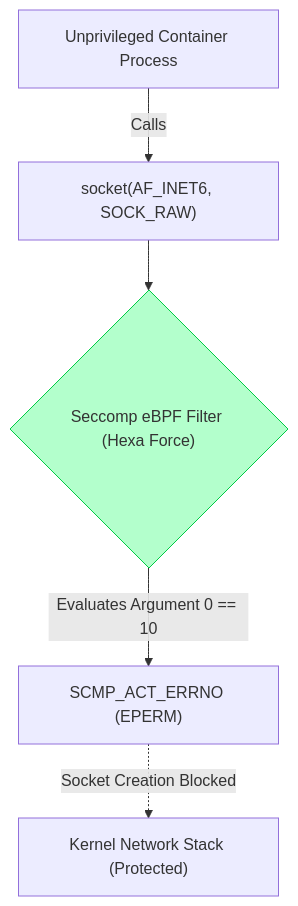
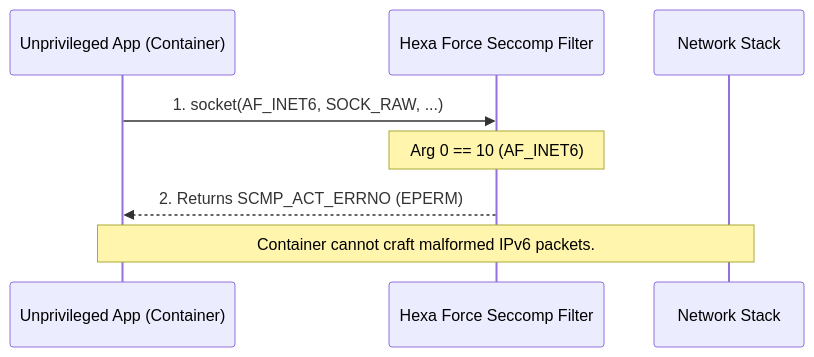
Before and after one commit to AzDevops143/cyberesecassign1: the eighth of 17 diagrams in ARCHITECTURE_HANDBOOK.md, drawn with Mermaid. The commit also changed other lines of this file, not shown here.

Commit message:
Docs: Upgrade Architecture Handbook to detailed Sequence Diagrams

````diff
--- a/ARCHITECTURE_HANDBOOK.md
+++ b/ARCHITECTURE_HANDBOOK.md
@@ -95,8 +143,11 @@
 ```mermaid
-flowchart TD
-    A["Unprivileged Container Process"] -->|Calls| B["socket(AF_INET6, SOCK_RAW)"]
-    B --> C{"Seccomp eBPF Filter (Hexa Force)"}
-    C -->|Evaluates Argument 0 == 10| D["SCMP_ACT_ERRNO (EPERM)"]
-    D -.->|Socket Creation Blocked| E["Kernel Network Stack (Protected)"]
-    style C fill:#b3ffcc,stroke:#00cc44
+sequenceDiagram
+    participant App as Unprivileged App (Container)
+    participant Seccomp as Hexa Force Seccomp Filter
+    participant Socket as Network Stack
+
+    App->>Seccomp: 1. socket(AF_INET6, SOCK_RAW, ...)
+    Note over Seccomp: Arg 0 == 10 (AF_INET6)
+    Seccomp-->>App: 2. Returns SCMP_ACT_ERRNO (EPERM)
+    Note over App,Socket: Container cannot craft malformed IPv6 packets.
 ```
````
